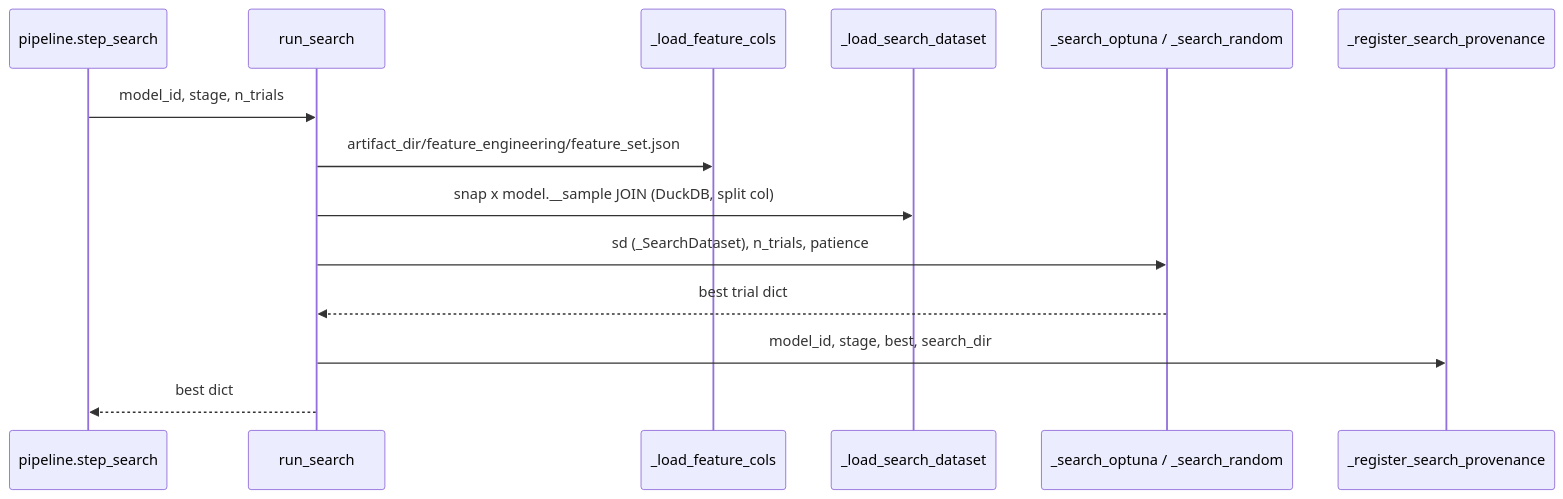
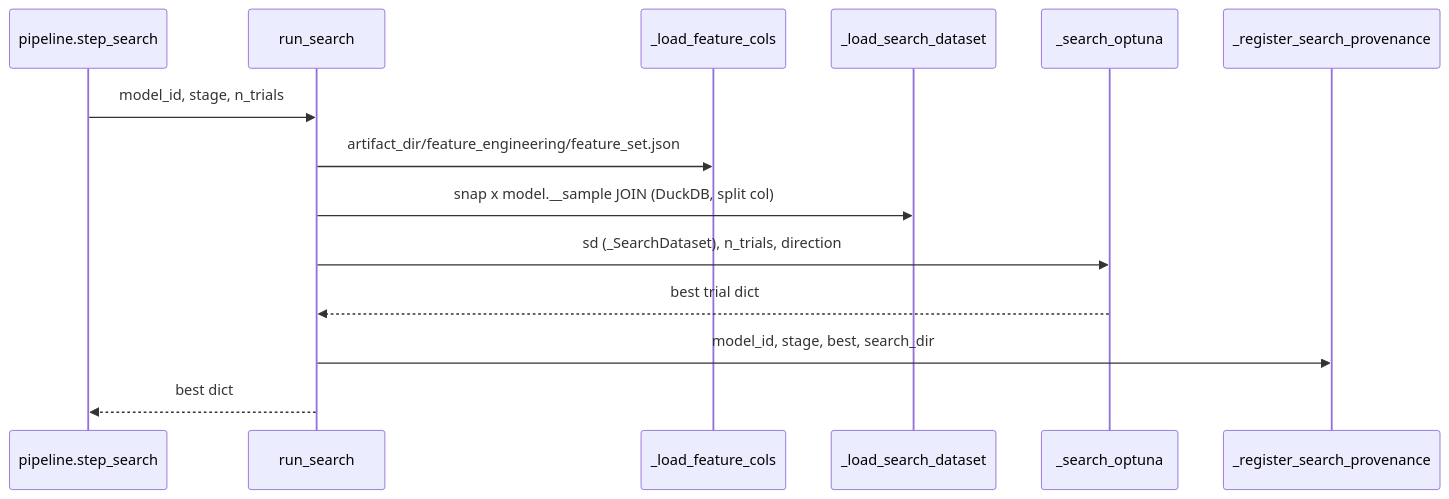
One commit to Nemesis14/chronoquant changed the third of 4 diagrams in _doc_/database_and_code_doc/5520_search.md. Above: the diagram before and after it, drawn with Mermaid. The commit also changed other lines of this file and 1008 other files, not shown here.

````diff
--- a/_doc_/database_and_code_doc/5520_search.md
+++ b/_doc_/database_and_code_doc/5520_search.md
@@ -60,17 +63,17 @@
 ```mermaid
 sequenceDiagram
   participant P as pipeline.step_search
   participant R as run_search
   participant FE as _load_feature_cols
   participant LD as _load_search_dataset
-  participant SR as _search_optuna / _search_random
+  participant SR as _search_optuna
   participant PR as _register_search_provenance
 
   P ->> R: model_id, stage, n_trials
   R ->> FE: artifact_dir/feature_engineering/feature_set.json
   R ->> LD: snap x model.__sample JOIN (DuckDB, split col)
-  R ->> SR: sd (_SearchDataset), n_trials, patience
+  R ->> SR: sd (_SearchDataset), n_trials, direction
   SR -->> R: best trial dict
   R ->> PR: model_id, stage, best, search_dir
   R -->> P: best dict
 ```
````
